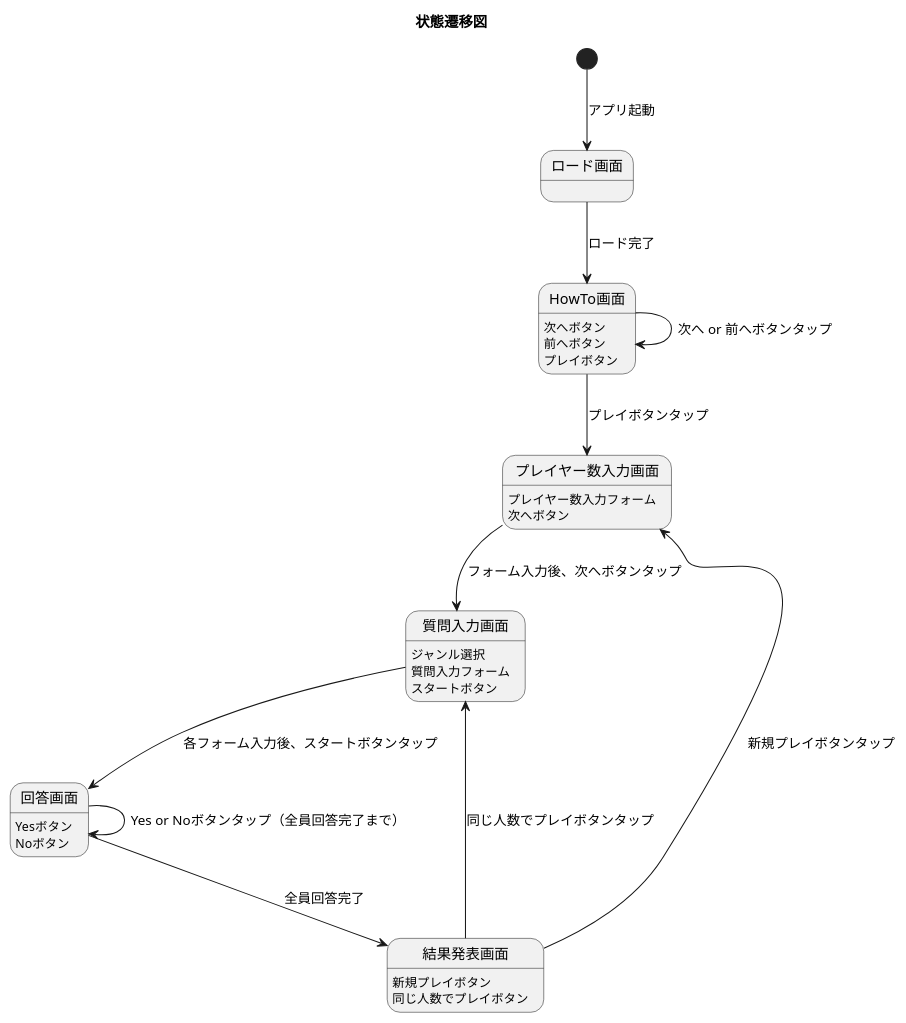
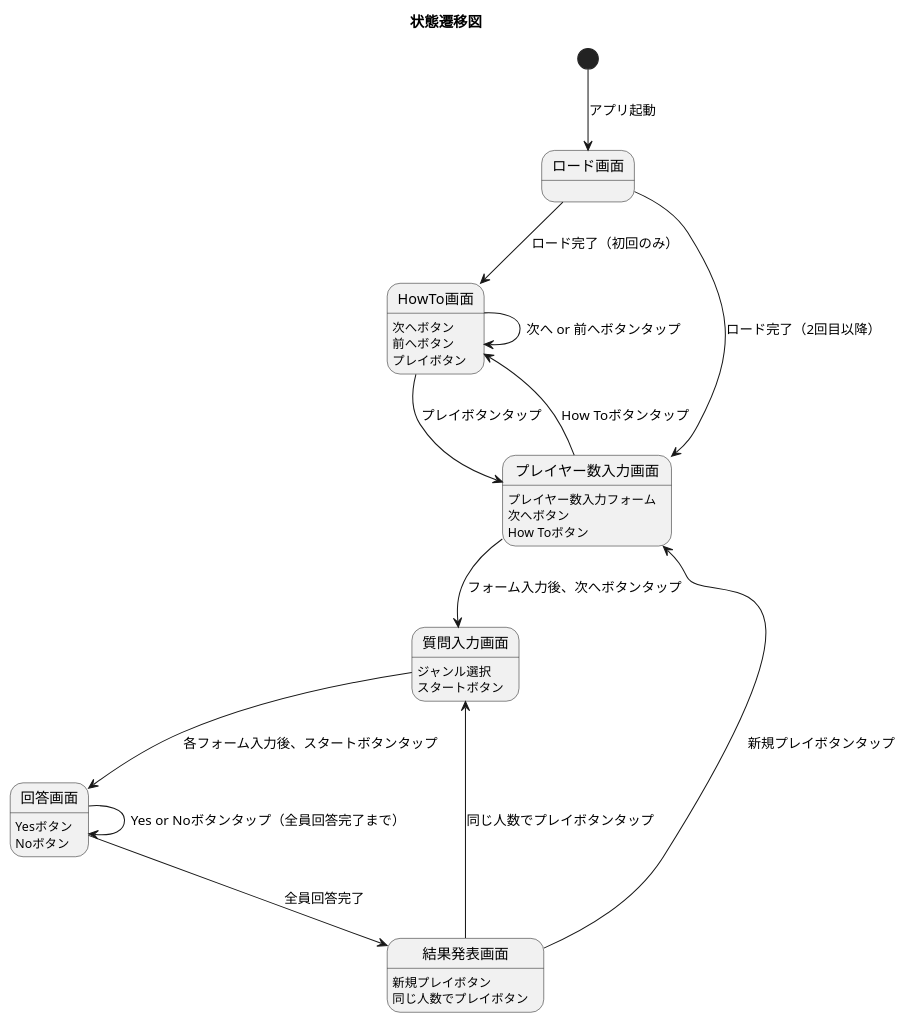
One commit to narugit/partytion changed the diagram in documentations/StateChangeDiagram.puml. Above: the diagram before and after it, drawn with PlantUML.

Commit message:
add what to load in first loading

```diff
--- a/documentations/StateChangeDiagram.puml
+++ b/documentations/StateChangeDiagram.puml
@@ -1,42 +1,44 @@
 @startuml
 
 title 状態遷移図
 skinparam shadowing false
 
 
 state load as "ロード画面" 
 
 state howTo as "HowTo画面"
     howTo : 次へボタン
     howTo : 前へボタン
     howTo : プレイボタン
 
 state players as "プレイヤー数入力画面"
     players : プレイヤー数入力フォーム
     players : 次へボタン
+    players : How Toボタン
 
 state question as "質問入力画面"
     question : ジャンル選択
-    question : 質問入力フォーム
     question : スタートボタン
 
 state answer as "回答画面"
     answer : Yesボタン
     answer : Noボタン
 
 state result as "結果発表画面"
     result : 新規プレイボタン
     result : 同じ人数でプレイボタン
 
 [*] --> load : アプリ起動
-load --> howTo : ロード完了
+load --> howTo : ロード完了（初回のみ）
 howTo --> howTo : 次へ or 前へボタンタップ
+load --> players : ロード完了（2回目以降）
 howTo --> players : プレイボタンタップ
+players --> howTo : How Toボタンタップ
 players --> question : フォーム入力後、次へボタンタップ
 question --> answer : 各フォーム入力後、スタートボタンタップ
 answer --> answer : Yes or Noボタンタップ（全員回答完了まで）
 answer --> result : 全員回答完了
 result --> players : 　新規プレイボタンタップ
 result --> question : 同じ人数でプレイボタンタップ
 
 @enduml
```
